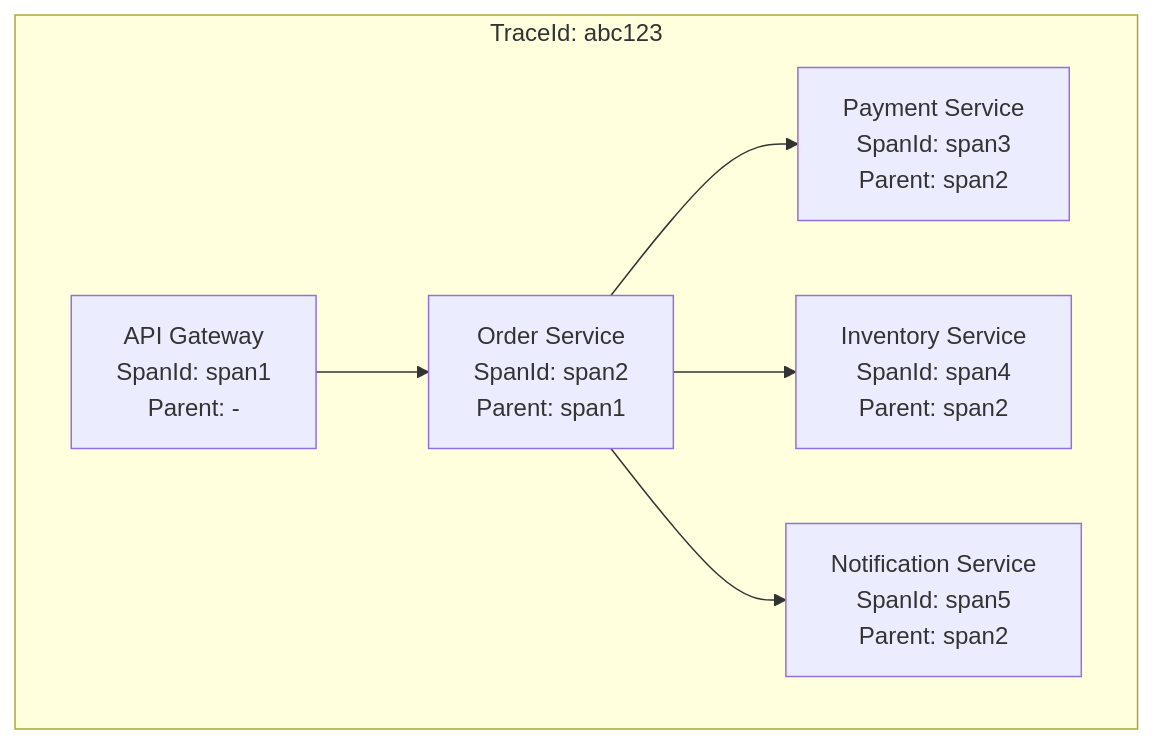
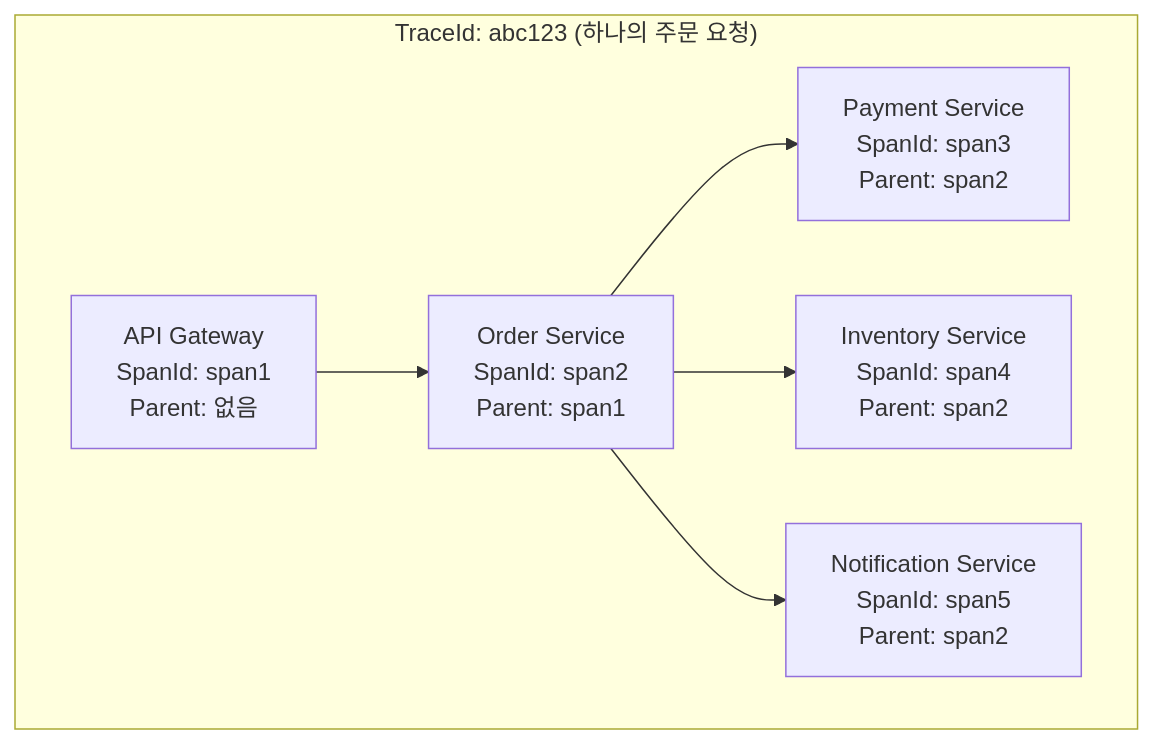
The diagram in _posts/spring/2026-05-01-spring-sleuth-zipkin.md (yjkim2015/yjkim2015.github.io), drawn with Mermaid before and after one commit. The commit also changed other lines of this file and 34 other files, not shown here.

First line of the commit message:
Full quality pass: 41 files — ASCII removed, 동작원리 보강, diagrams

```diff
--- a/_posts/spring/2026-05-01-spring-sleuth-zipkin.md
+++ b/_posts/spring/2026-05-01-spring-sleuth-zipkin.md
@@ -25,15 +25,15 @@
 <div class="mermaid">
 graph TD
-    subgraph "TraceId: abc123"
-        A["API Gateway\nSpanId: span1\nParent: -"]
+    subgraph "TraceId: abc123 (하나의 주문 요청)"
+        A["API Gateway\nSpanId: span1\nParent: 없음"]
         B["Order Service\nSpanId: span2\nParent: span1"]
         C["Payment Service\nSpanId: span3\nParent: span2"]
         D["Inventory Service\nSpanId: span4\nParent: span2"]
         E["Notification Service\nSpanId: span5\nParent: span2"]
     end
 
     A --> B
     B --> C
     B --> D
     B --> E
 </div>
```
